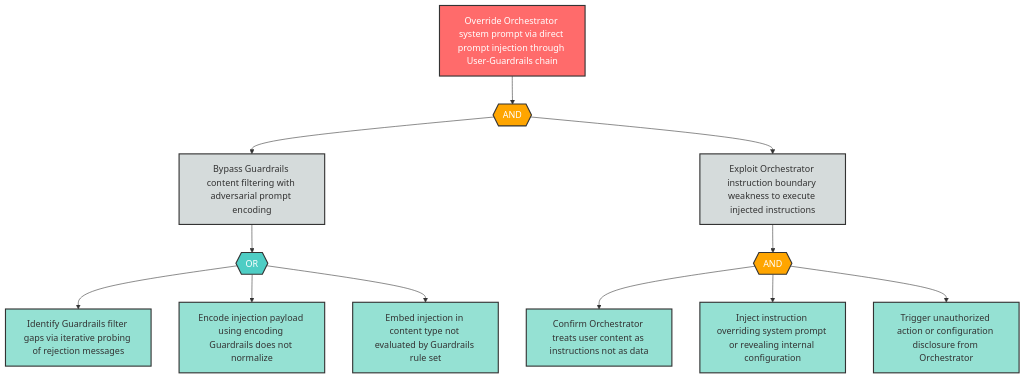
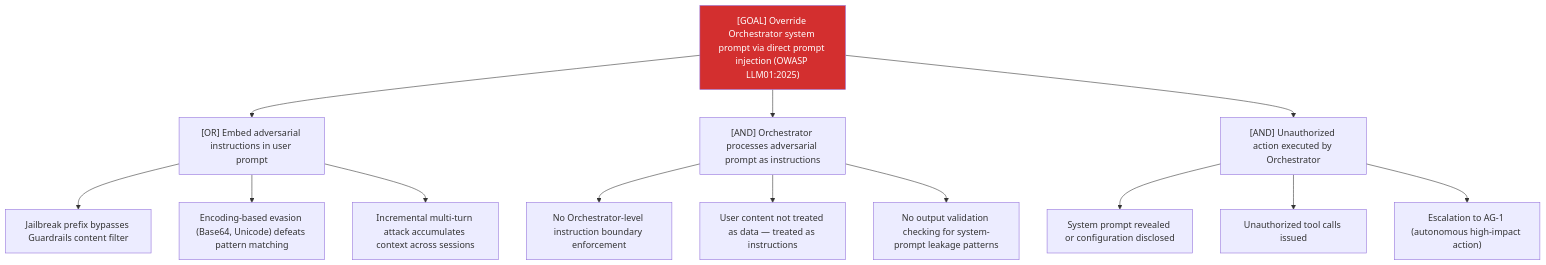
Before and after one commit to q-qp-p/davidmatousek-tachi: the diagram in examples/agentic-app/sample-report/attack-trees/llm-1-attack-tree.md, drawn with Mermaid. The commit also changed other lines of this file and 132 other files, not shown here.

````diff
--- a/examples/agentic-app/sample-report/attack-trees/llm-1-attack-tree.md
+++ b/examples/agentic-app/sample-report/attack-trees/llm-1-attack-tree.md
@@ -8,39 +7,18 @@
 ```mermaid
-flowchart TD
-    LLM1_root["Override Orchestrator system prompt via direct prompt injection through User-Guardrails chain"]
-    LLM1_and1{{"AND"}}
-    LLM1_sub1["Bypass Guardrails content filtering with adversarial prompt encoding"]
-    LLM1_sub2["Exploit Orchestrator instruction boundary weakness to execute injected instructions"]
-    LLM1_or1{{"OR"}}
-    LLM1_leaf1["Identify Guardrails filter gaps via iterative probing of rejection messages"]
-    LLM1_leaf2["Encode injection payload using encoding Guardrails does not normalize"]
-    LLM1_leaf3["Embed injection in content type not evaluated by Guardrails rule set"]
-    LLM1_and2{{"AND"}}
-    LLM1_leaf4["Confirm Orchestrator treats user content as instructions not as data"]
-    LLM1_leaf5["Inject instruction overriding system prompt or revealing internal configuration"]
-    LLM1_leaf6["Trigger unauthorized action or configuration disclosure from Orchestrator"]
-
-    LLM1_root --> LLM1_and1
-    LLM1_and1 --> LLM1_sub1
-    LLM1_and1 --> LLM1_sub2
-    LLM1_sub1 --> LLM1_or1
-    LLM1_or1 --> LLM1_leaf1
-    LLM1_or1 --> LLM1_leaf2
-    LLM1_or1 --> LLM1_leaf3
-    LLM1_sub2 --> LLM1_and2
-    LLM1_and2 --> LLM1_leaf4
-    LLM1_and2 --> LLM1_leaf5
-    LLM1_and2 --> LLM1_leaf6
-
-    classDef goal fill:#ff6b6b,stroke:#333,stroke-width:2px,color:#fff
-    classDef andGate fill:#ffa500,stroke:#333,stroke-width:2px,color:#fff
-    classDef orGate fill:#4ecdc4,stroke:#333,stroke-width:2px,color:#fff
-    classDef subGoal fill:#d5dbdb,stroke:#333,stroke-width:2px,color:#333
-    classDef leaf fill:#95e1d3,stroke:#333,stroke-width:2px,color:#333
-
-    class LLM1_root goal
-    class LLM1_and1,LLM1_and2 andGate
-    class LLM1_or1 orGate
-    class LLM1_sub1,LLM1_sub2 subGoal
-    class LLM1_leaf1,LLM1_leaf2,LLM1_leaf3,LLM1_leaf4,LLM1_leaf5,LLM1_leaf6 leaf
+graph TD
+    Goal["[GOAL] Override Orchestrator system prompt via direct prompt injection (OWASP LLM01:2025)"]
+    Goal --> A["[OR] Embed adversarial instructions in user prompt"]
+    A --> A1["Jailbreak prefix bypasses Guardrails content filter"]
+    A --> A2["Encoding-based evasion (Base64, Unicode) defeats pattern matching"]
+    A --> A3["Incremental multi-turn attack accumulates context across sessions"]
+    Goal --> B["[AND] Orchestrator processes adversarial prompt as instructions"]
+    B --> B1["No Orchestrator-level instruction boundary enforcement"]
+    B --> B2["User content not treated as data — treated as instructions"]
+    B --> B3["No output validation checking for system-prompt leakage patterns"]
+    Goal --> C["[AND] Unauthorized action executed by Orchestrator"]
+    C --> C1["System prompt revealed or configuration disclosed"]
+    C --> C2["Unauthorized tool calls issued"]
+    C --> C3["Escalation to AG-1 (autonomous high-impact action)"]
+    classDef critical fill:#d32f2f,color:#fff
+    class Goal critical
 ```
````
